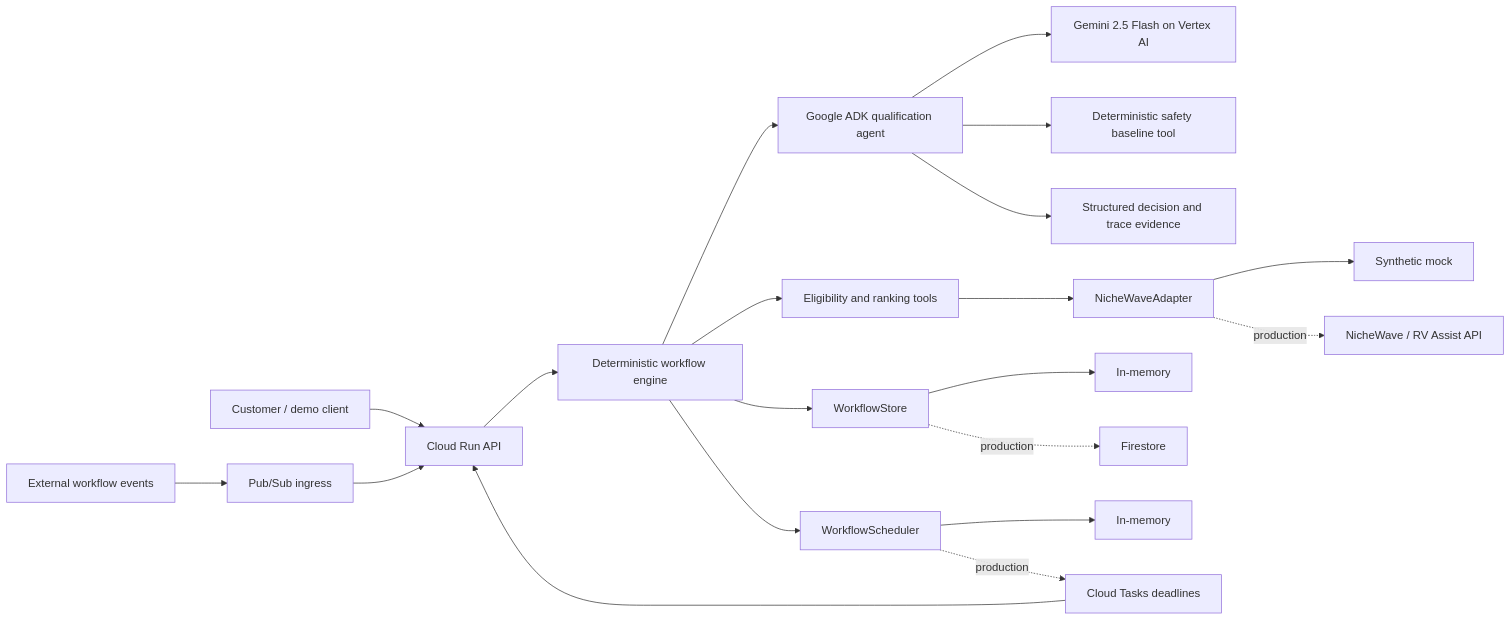
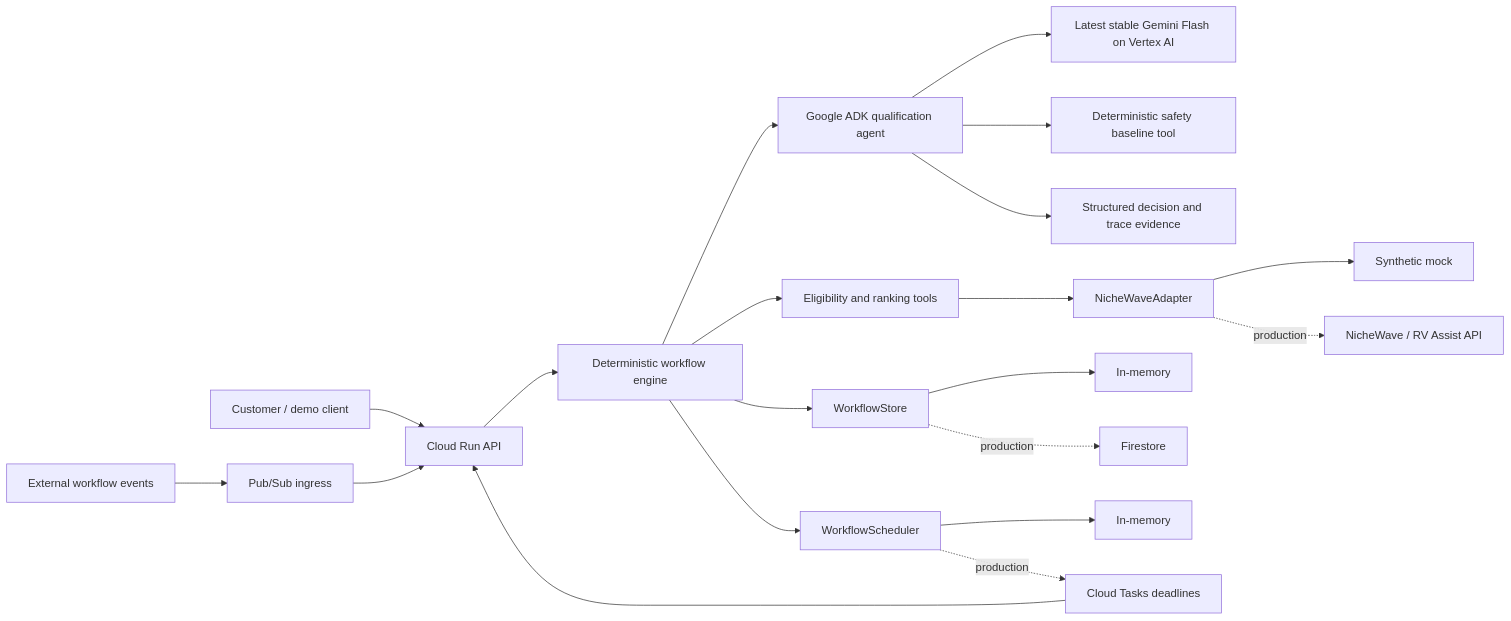
Before and after one commit to kibukamusoke/rv-assist-autopilot: the diagram in docs/technical/architecture.mmd, drawn with Mermaid. The commit also changed 14 other files, not shown here.

Commit message:
feat: promote latest stable Gemini model

```diff
--- a/docs/technical/architecture.mmd
+++ b/docs/technical/architecture.mmd
@@ -1,21 +1,21 @@
 %% Editable source for the deployed technical architecture.
 flowchart LR
     Client["Customer / demo client"] --> API["Cloud Run API"]
     API --> Workflow["Deterministic workflow engine"]
     Workflow --> ADK["Google ADK qualification agent"]
-    ADK --> Gemini["Gemini 2.5 Flash on Vertex AI"]
+    ADK --> Gemini["Latest stable Gemini Flash on Vertex AI"]
     ADK --> Safety["Deterministic safety baseline tool"]
     ADK --> Trace["Structured decision and trace evidence"]
     Workflow --> Tools["Eligibility and ranking tools"]
     Tools --> NW["NicheWaveAdapter"]
     NW --> Mock["Synthetic mock"]
     NW -. production .-> External["NicheWave / RV Assist API"]
     Workflow --> Store["WorkflowStore"]
     Store --> Memory["In-memory"]
     Store -. production .-> Firestore["Firestore"]
     Workflow --> Scheduler["WorkflowScheduler"]
     Scheduler --> Local["In-memory"]
     Scheduler -. production .-> Tasks["Cloud Tasks deadlines"]
     Events["External workflow events"] --> PubSub["Pub/Sub ingress"]
     PubSub --> API
     Tasks --> API
```
